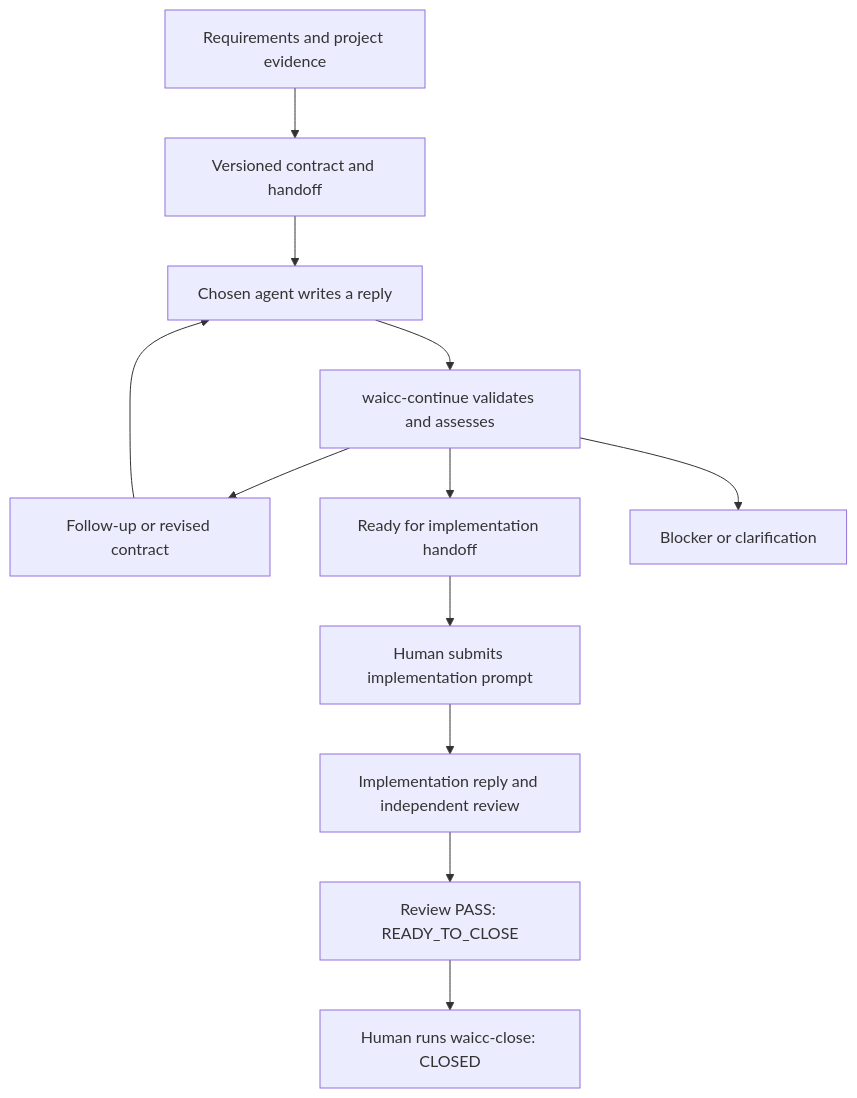
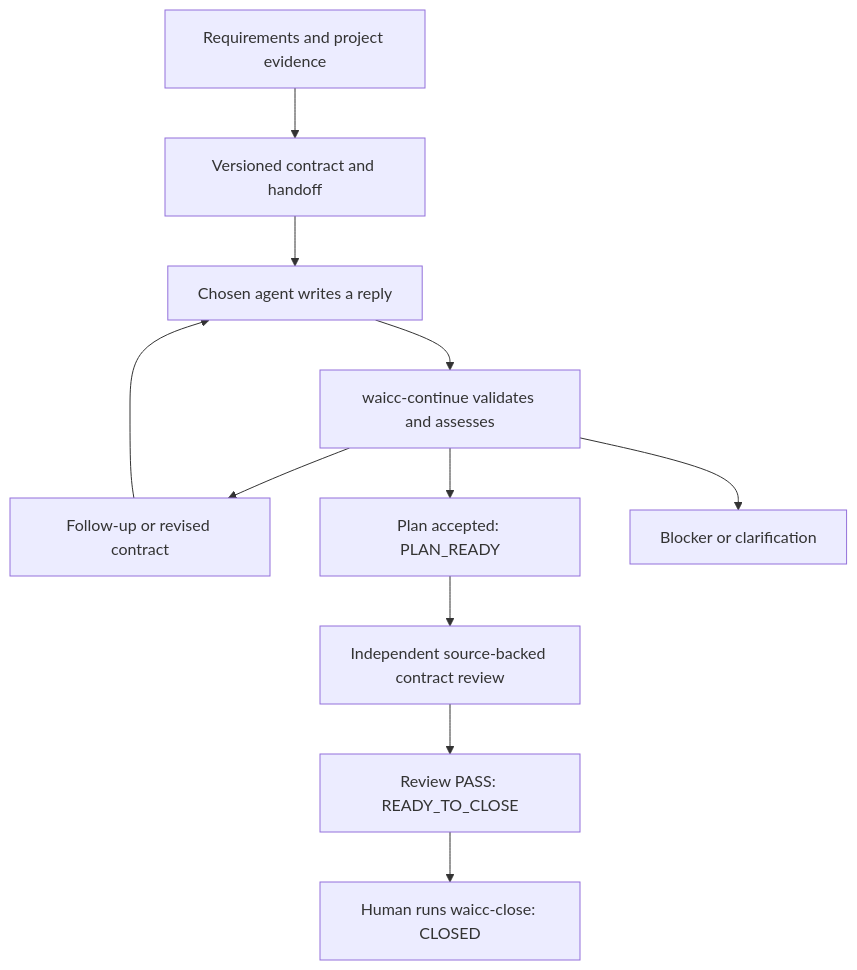
One commit to whatley95/pi-waicc changed the diagram in README.md. Above: the diagram before and after it, drawn with Mermaid. The commit also changed other lines of this file and 16 other files, not shown here.

First line of the commit message:
Add source-first planning and automatic handoff clipboard copy

````diff
--- a/README.md
+++ b/README.md
@@ -76,14 +79,13 @@
 ```mermaid
 flowchart TD
     A[Requirements and project evidence] --> B[Versioned contract and handoff]
     B --> C[Chosen agent writes a reply]
     C --> D[waicc-continue validates and assesses]
     D --> E[Follow-up or revised contract]
     E --> C
-    D --> F[Ready for implementation handoff]
+    D --> F[Plan accepted: PLAN_READY]
     D --> G[Blocker or clarification]
-    F --> H[Human submits implementation prompt]
-    H --> I[Implementation reply and independent review]
+    F --> I[Independent source-backed contract review]
     I --> J[Review PASS: READY_TO_CLOSE]
     J --> K[Human runs waicc-close: CLOSED]
 ```
````
